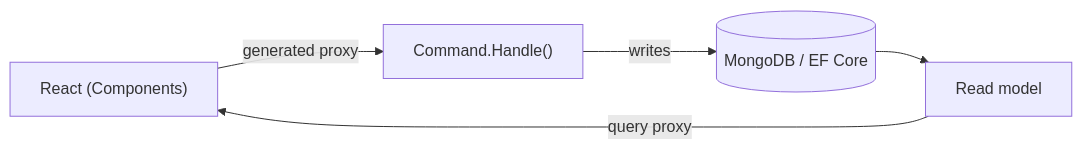
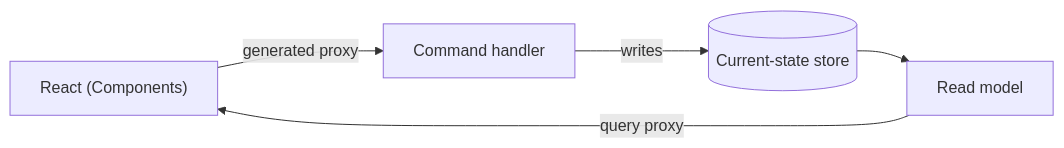
The diagram in Documentation/why-arc.md (Cratis/Arc), drawn with Mermaid before and after one commit. The commit also changed other lines of this file and 21 other files, not shown here.

````diff
--- a/Documentation/why-arc.md
+++ b/Documentation/why-arc.md
@@ -25,7 +25,7 @@
 ```mermaid
 flowchart LR
-    React["React (Components)"] -->|generated proxy| Cmd["Command.Handle()"]
-    Cmd -->|writes| Store[("MongoDB / EF Core")]
+    React["React (Components)"] -->|generated proxy| Cmd["Command handler"]
+    Cmd -->|writes| Store[("Current-state store")]
     Store --> ReadModel["Read model"]
     ReadModel -->|query proxy| React
 ```
````
